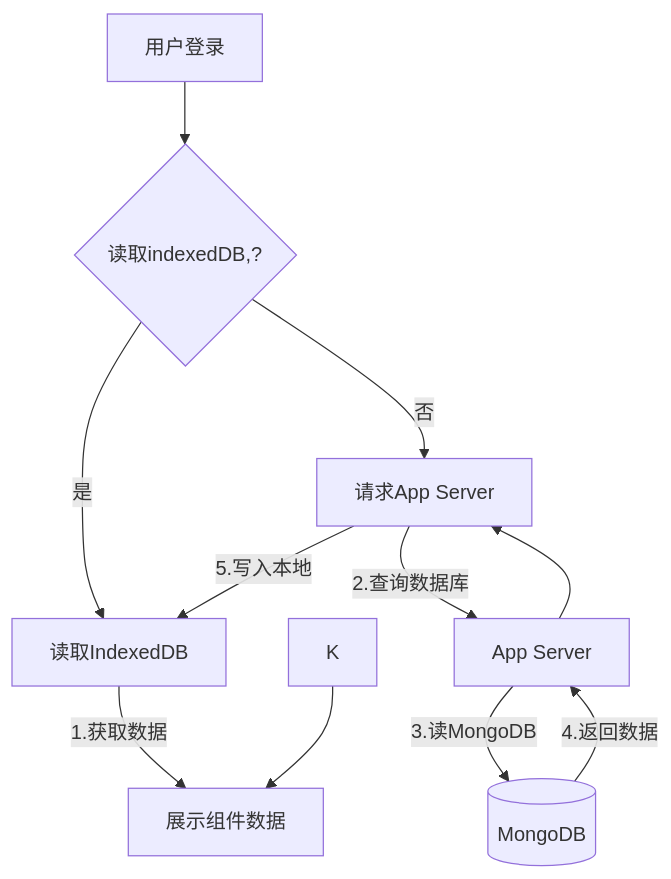
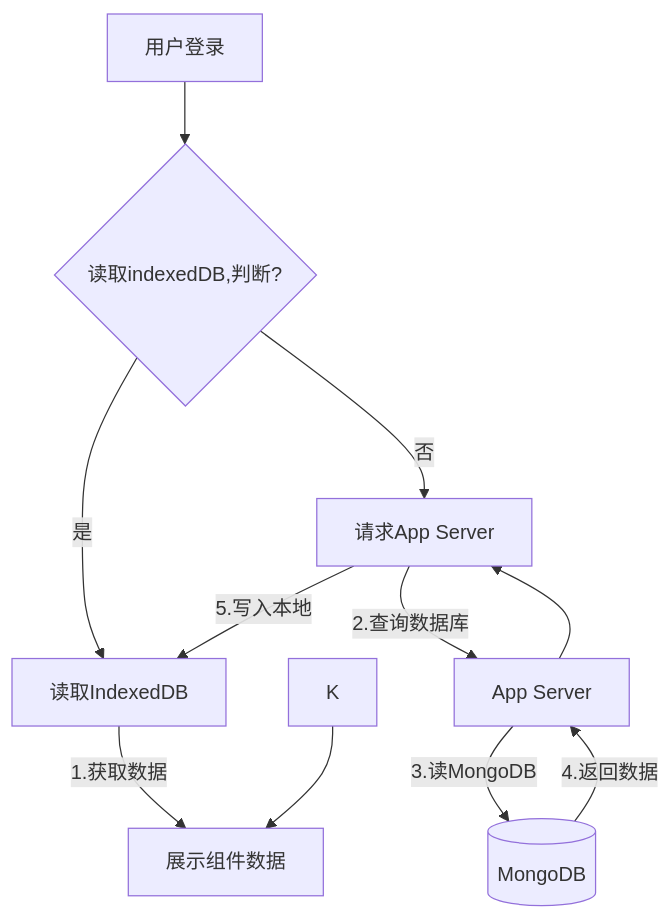
Before and after one commit to yingjianzh/iodraw-files: the diagram in all/未命名-22.md, drawn with Mermaid.

Commit message:
2025-02-18 16:07:17 update

````diff
--- a/all/未命名-22.md
+++ b/all/未命名-22.md
@@ -1,12 +1,12 @@
 ```mermaid
 graph TD
-    A[用户登录] --> B{读取indexedDB,?}
+    A[用户登录] --> B{读取indexedDB,判断?}
     B -->|是| C[读取IndexedDB]
     B -->|否| D[请求App Server]
     C -->|1.获取数据| E[展示组件数据]
     D -->|2.查询数据库| F[App Server]
     F -->|3.读MongoDB| G[(MongoDB)]
     G -->|4.返回数据| F --> D
     D -->|5.写入本地| C
     K --> E
 ```
````
